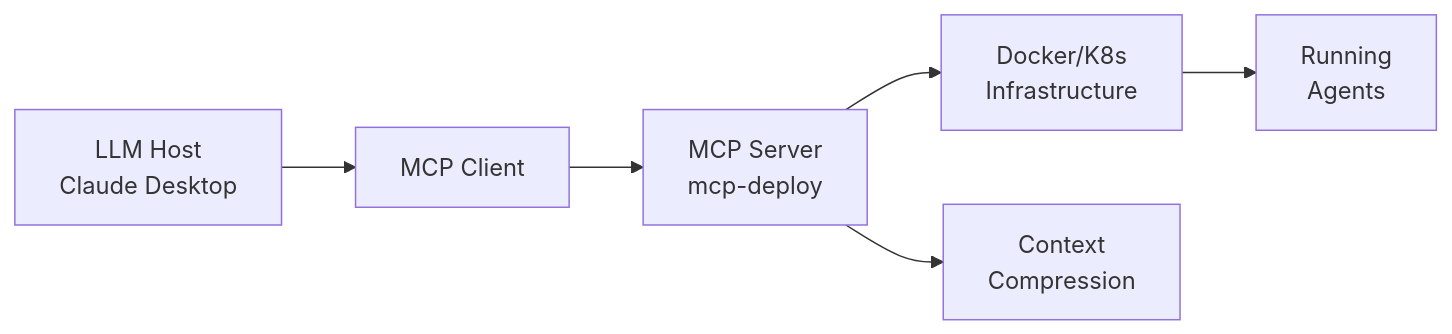
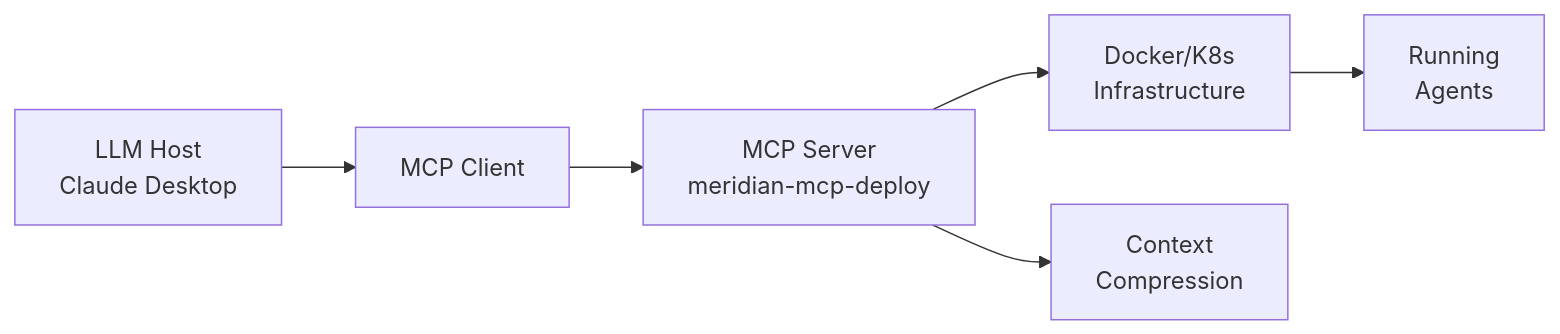
One commit to meridianmindx/meridian-tooling-guide changed the diagram in mcp-overview.md. Above: the diagram before and after it, drawn with Mermaid. The commit also changed other lines of this file and 8 other files, not shown here.

````diff
--- a/mcp-overview.md
+++ b/mcp-overview.md
@@ -72,8 +72,8 @@
 ```mermaid
 graph LR
     A[LLM Host<br/>Claude Desktop] --> B[MCP Client]
-    B --> C[MCP Server<br/>mcp-deploy]
+    B --> C[MCP Server<br/>meridian-mcp-deploy]
     C --> D[Docker/K8s<br/>Infrastructure]
     C --> E[Context<br/>Compression]
     D --> F[Running<br/>Agents]
 ```
````
